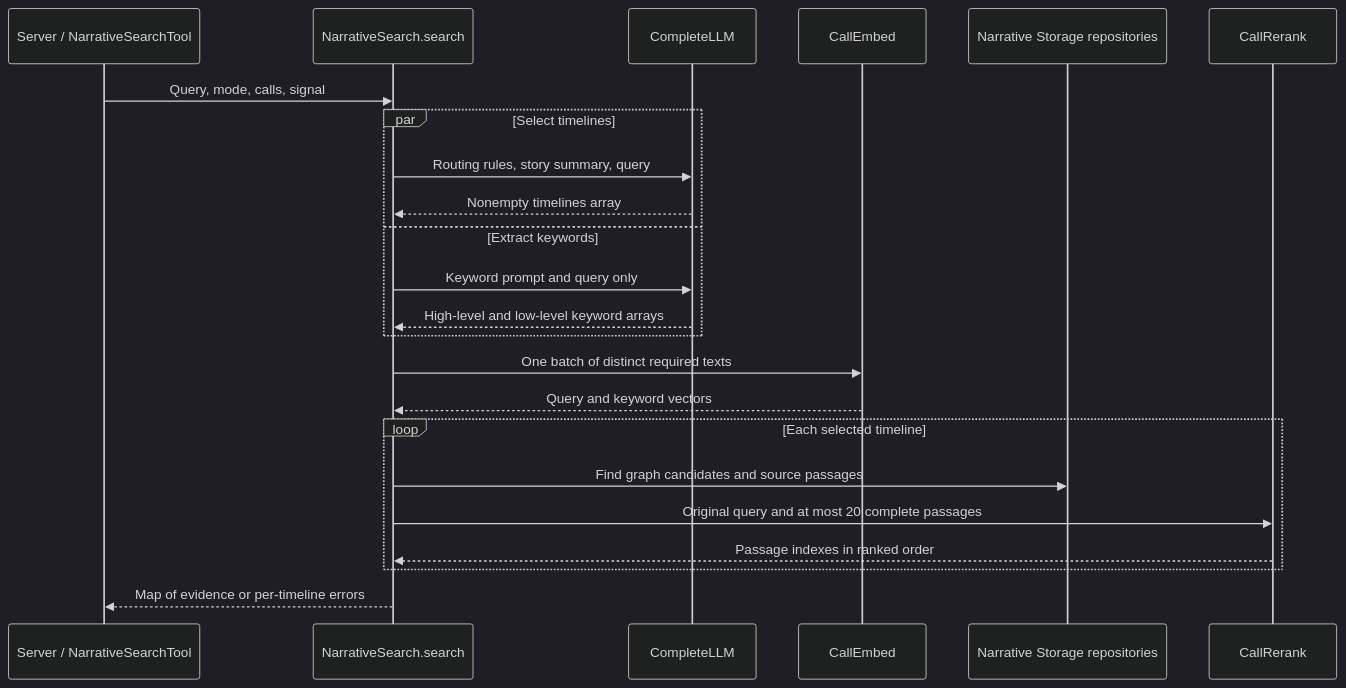
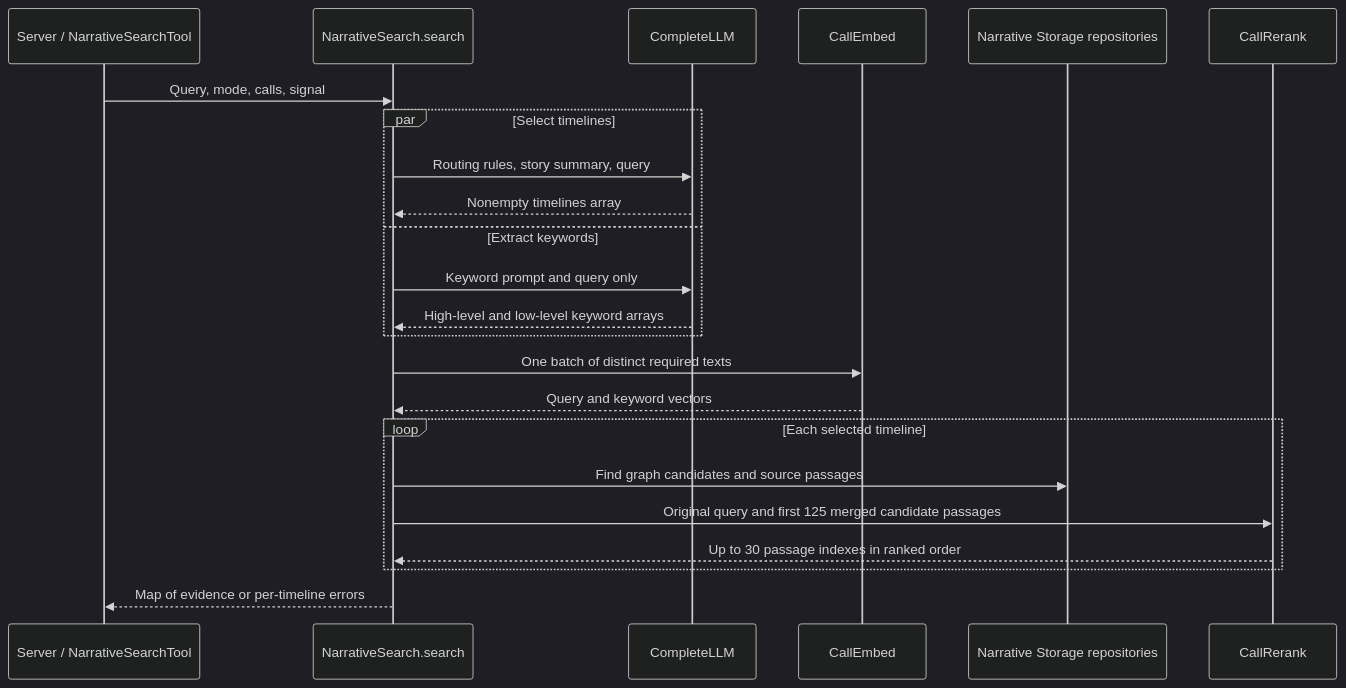
The diagram in src/narrative/README.md (chengyuZou/EmaAgent), drawn with Mermaid (dark theme) before and after one commit. The commit also changed other lines of this file and 14 other files, not shown here.

````diff
--- a/src/narrative/README.md
+++ b/src/narrative/README.md
@@ -36,25 +36,25 @@
 ```mermaid
 sequenceDiagram
     participant Host as Server / NarrativeSearchTool
     participant Search as NarrativeSearch.search
     participant LLM as CompleteLLM
     participant Embed as CallEmbed
     participant DB as Narrative Storage repositories
     participant Rank as CallRerank
     Host->>Search: Query, mode, calls, signal
     par Select timelines
         Search->>LLM: Routing rules, story summary, query
         LLM-->>Search: Nonempty timelines array
     and Extract keywords
         Search->>LLM: Keyword prompt and query only
         LLM-->>Search: High-level and low-level keyword arrays
     end
     Search->>Embed: One batch of distinct required texts
     Embed-->>Search: Query and keyword vectors
     loop Each selected timeline
         Search->>DB: Find graph candidates and source passages
-        Search->>Rank: Original query and at most 20 complete passages
-        Rank-->>Search: Passage indexes in ranked order
+        Search->>Rank: Original query and first 125 merged candidate passages
+        Rank-->>Search: Up to 30 passage indexes in ranked order
     end
     Search-->>Host: Map of evidence or per-timeline errors
 ```
````
